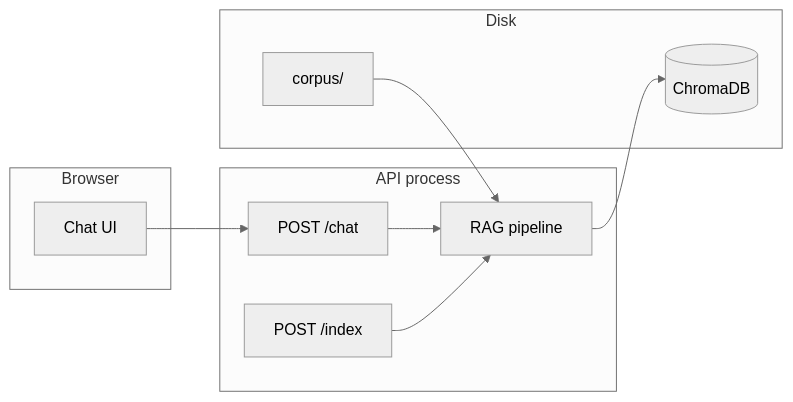
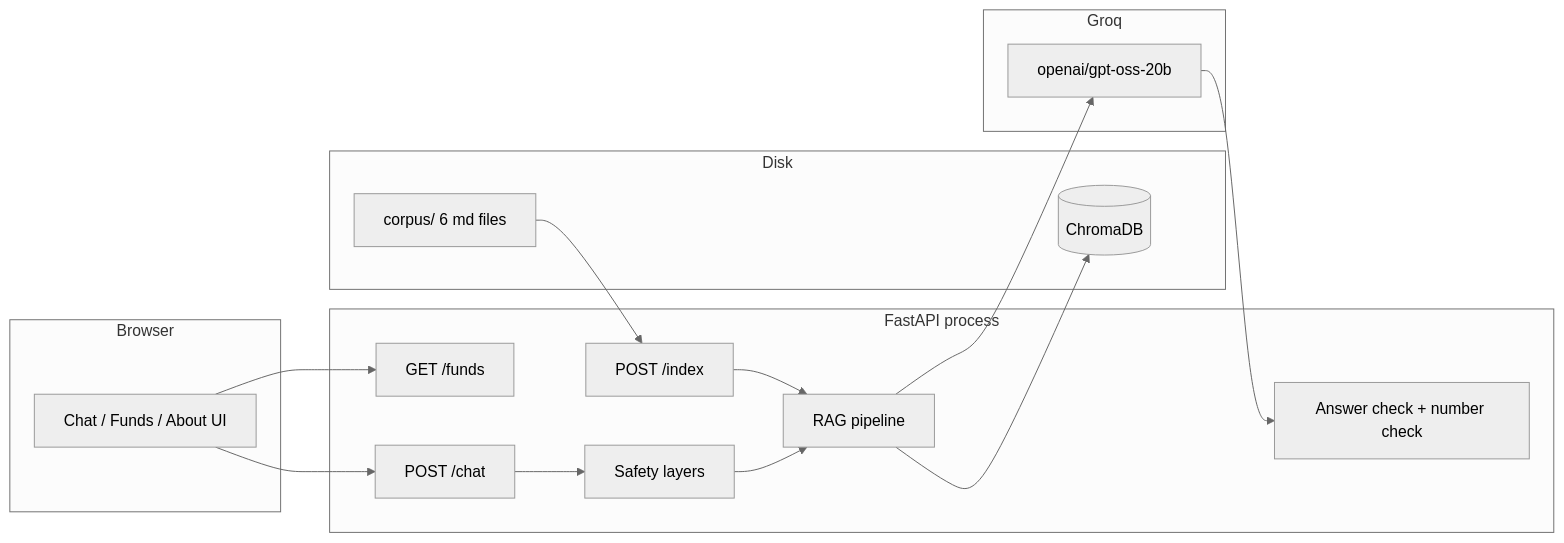
The first of 2 diagrams in architecture.md (imharshal11/tathya-mf-faq-bot), drawn with Mermaid (neutral theme) before and after one commit. The commit also changed other lines of this file and 3 other files, not shown here.

````diff
--- a/architecture.md
+++ b/architecture.md
@@ -23,23 +23,34 @@
 ```mermaid
 flowchart LR
   subgraph client [Browser]
-    UI[Chat UI]
+    UI[Chat / Funds / About UI]
   end
 
-  subgraph app [API process]
+  subgraph app [FastAPI process]
     CHAT[POST /chat]
+    FUNDS[GET /funds]
     IDX[POST /index]
+    SAFE[Safety layers]
     RAG[RAG pipeline]
+    CHK[Answer check + number check]
   end
 
   subgraph local [Disk]
-    CORPUS[corpus/]
+    CORPUS[corpus/ 6 md files]
     VS[(ChromaDB)]
   end
 
+  subgraph ai [Groq]
+    LLM[openai/gpt-oss-20b]
+  end
+
   UI --> CHAT
-  CHAT --> RAG
+  UI --> FUNDS
+  CHAT --> SAFE
+  SAFE --> RAG
+  RAG --> VS
+  RAG --> LLM
+  LLM --> CHK
   IDX --> RAG
-  CORPUS --> RAG
-  RAG --> VS
+  CORPUS --> IDX
 ```
````
